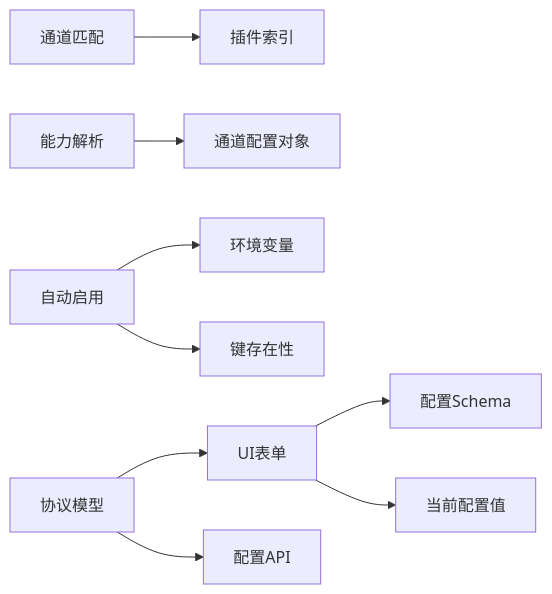
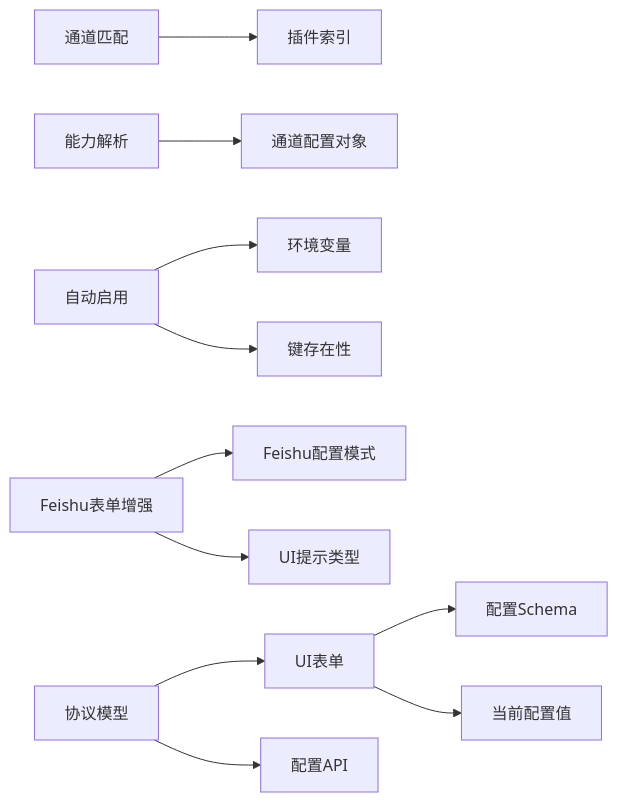
Before and after one commit to verse-ai-org/openclaw: diagram 12 of 12 in .qoder/repowiki/zh/content/消息通道系统/通道配置.md, drawn with Mermaid. The commit also changed other lines of this file and 86 other files, not shown here.

````diff
--- a/.qoder/repowiki/zh/content/消息通道系统/通道配置.md
+++ b/.qoder/repowiki/zh/content/消息通道系统/通道配置.md
@@ -374,11 +472,13 @@
 ```mermaid
 graph LR
 CH_MATCH["通道匹配"] --> PLUG_IDX["插件索引"]
 CAPS["能力解析"] --> CFG_OBJ["通道配置对象"]
 AUTO["自动启用"] --> ENV["环境变量"]
 AUTO --> KEYS["键存在性"]
 UI["UI表单"] --> SCHEMA["配置Schema"]
 UI --> VALUE["当前配置值"]
+FEISHU_ENHANCE["Feishu表单增强"] --> FEISHU_SCHEMA["Feishu配置模式"]
+FEISHU_ENHANCE --> UI_HINTS["UI提示类型"]
 PROTO["协议模型"] --> UI
 PROTO --> CFG_API["配置API"]
 ```
````
